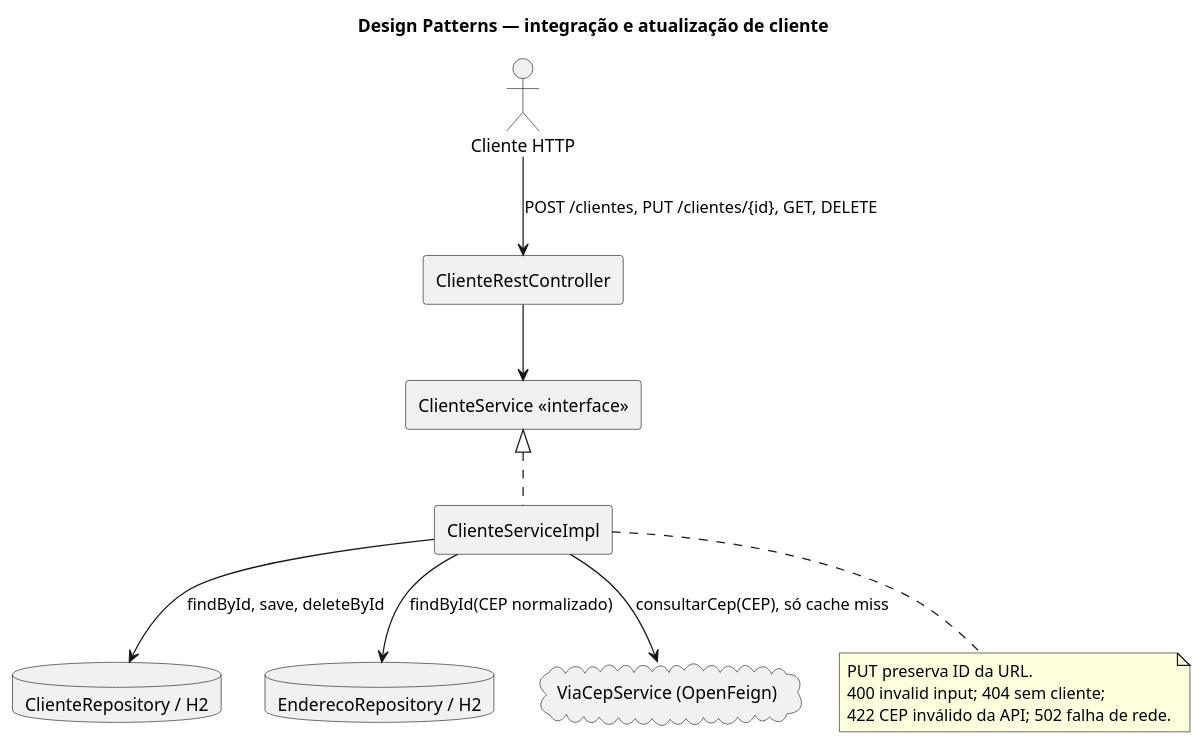
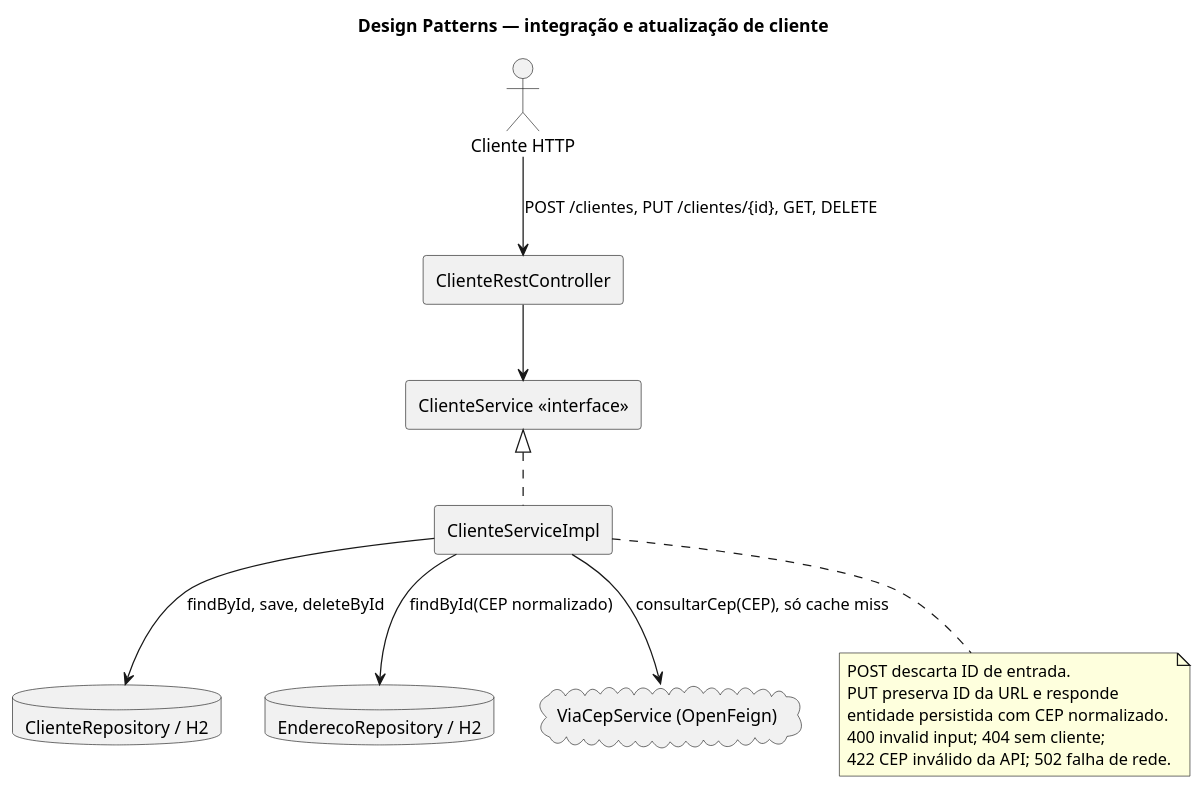
The diagram in docs/UML.puml (DanieldeAlmeida2024/Dio.Bootcamp.BancoPan.DesafioDesignPatterns), drawn with PlantUML before and after one commit. The commit also changed 8 other files, not shown here.

First line of the commit message:
fix(gof): impedir sobrescrita via POST e responder estado persistido no PUT (#4)

```diff
--- a/docs/UML.puml
+++ b/docs/UML.puml
@@ -1,22 +1,24 @@
 @startuml
 title Design Patterns — integração e atualização de cliente
 skinparam componentStyle rectangle
 actor "Cliente HTTP" as User
 component "ClienteRestController" as Controller
 component "ClienteService <<interface>>" as Interface
 component "ClienteServiceImpl" as Facade
 database "ClienteRepository / H2" as Clientes
 database "EnderecoRepository / H2" as Enderecos
 cloud "ViaCepService (OpenFeign)" as ViaCep
 User --> Controller : POST /clientes, PUT /clientes/{id}, GET, DELETE
 Controller --> Interface
 Interface <|.. Facade
 Facade --> Clientes : findById, save, deleteById
 Facade --> Enderecos : findById(CEP normalizado)
 Facade --> ViaCep : consultarCep(CEP), só cache miss
 note bottom of Facade
-  PUT preserva ID da URL.
+  POST descarta ID de entrada.
+  PUT preserva ID da URL e responde
+  entidade persistida com CEP normalizado.
   400 invalid input; 404 sem cliente;
   422 CEP inválido da API; 502 falha de rede.
 end note
 @enduml
```
